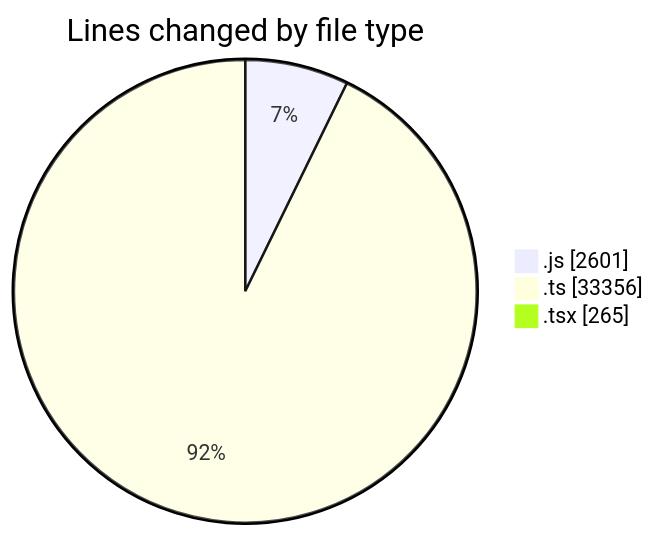
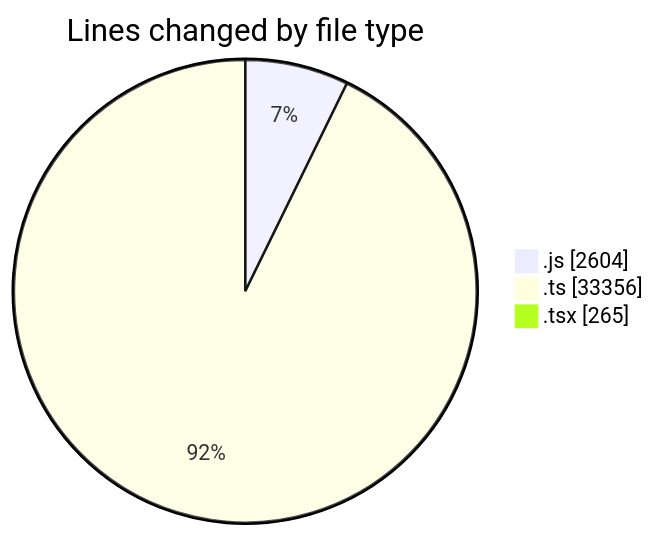
One commit to momahboobian/code-tracking changed the first of 2 diagrams in 2026-02-09/cda/README.md. Above: the diagram before and after it, drawn with Mermaid. The commit also changed other lines of this file and 1 other file, not shown here.

````diff
--- a/2026-02-09/cda/README.md
+++ b/2026-02-09/cda/README.md
@@ -38,7 +38,7 @@
 ```mermaid
 pie showData
 title Lines changed by file type
-".js" : 2601
+".js" : 2604
 ".ts" : 33356
 ".tsx" : 265
 ```
````
